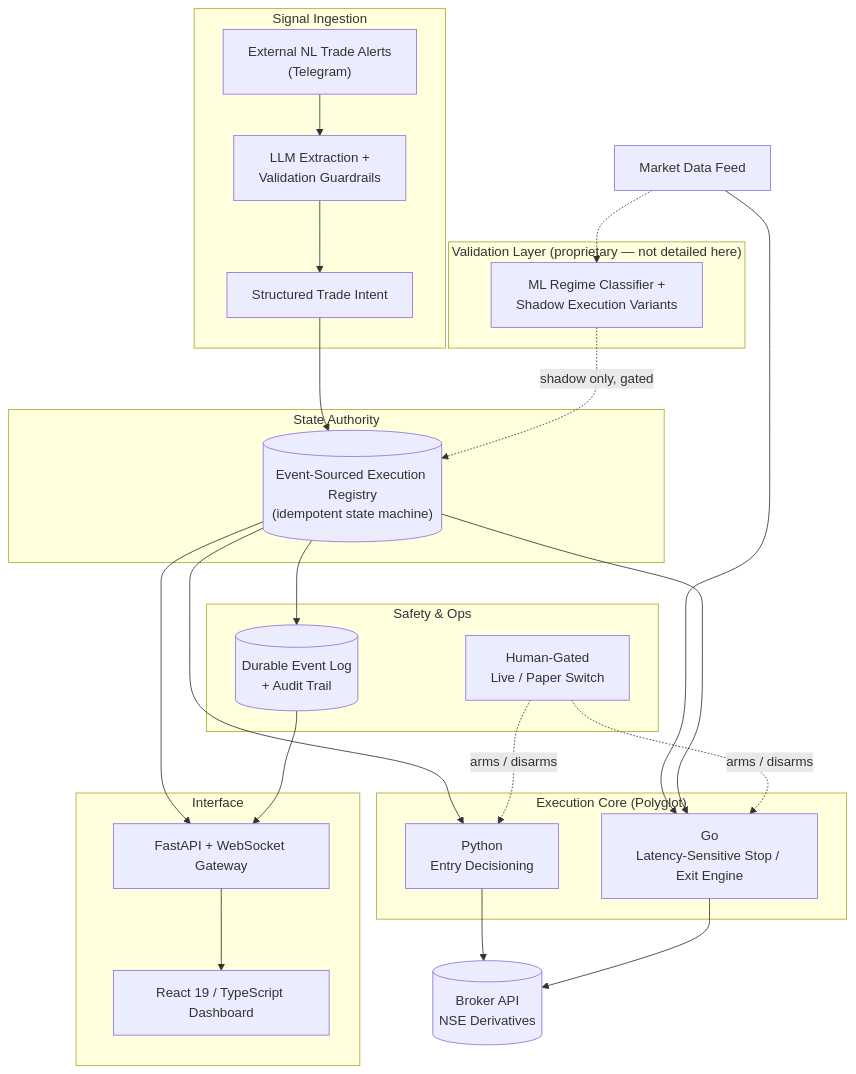
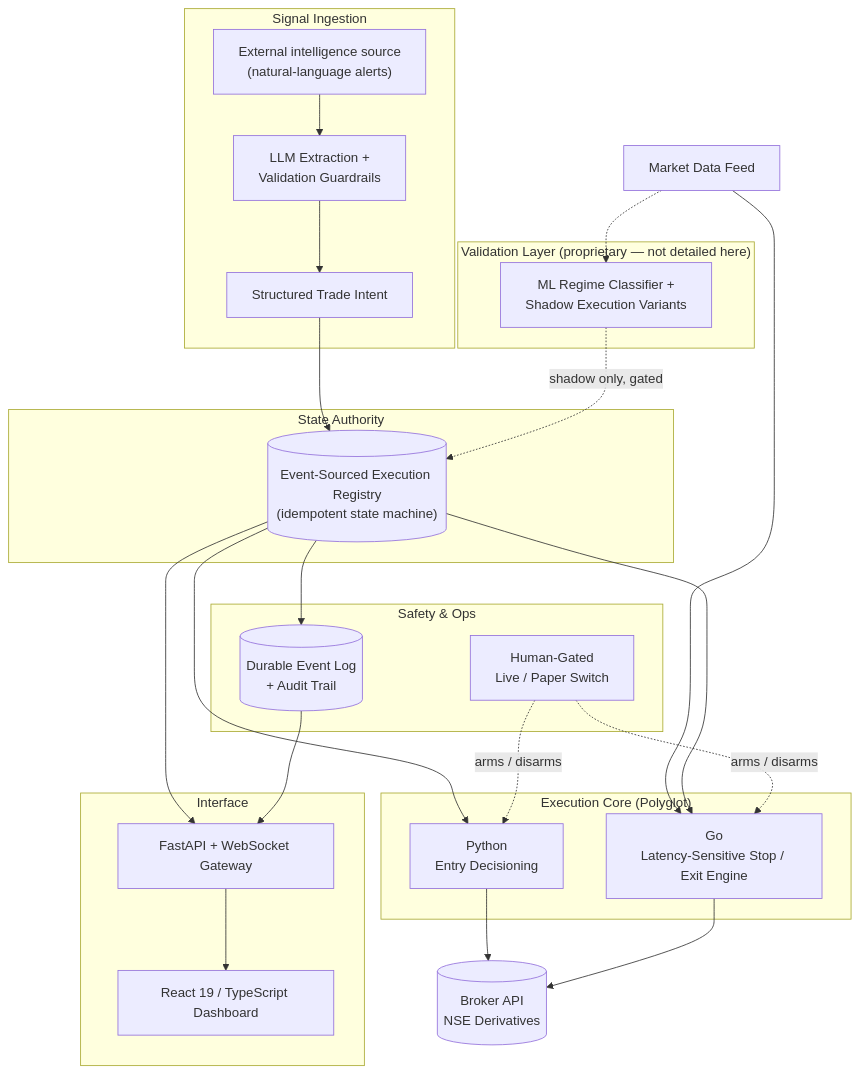
Before and after one commit to Aditya-7117/DeltaLock-Overview: the diagram in README.md, drawn with Mermaid. The commit also changed other lines of this file and 6 other files, not shown here.

````diff
--- a/README.md
+++ b/README.md
@@ -34,45 +34,45 @@
 ```mermaid
 flowchart TB
     subgraph INGEST["Signal Ingestion"]
-        EXT["External NL Trade Alerts\n(Telegram)"] --> LLM["LLM Extraction +\nValidation Guardrails"]
+        EXT["External intelligence source\n(natural-language alerts)"] --> LLM["LLM Extraction +\nValidation Guardrails"]
         LLM --> INTENT["Structured Trade Intent"]
     end
 
     subgraph STATE["State Authority"]
         REG[("Event-Sourced Execution Registry\n(idempotent state machine)")]
     end
 
     subgraph EXEC["Execution Core (Polyglot)"]
         PY["Python\nEntry Decisioning"]
         GO["Go\nLatency-Sensitive Stop / Exit Engine"]
     end
 
     subgraph VALIDATE["Validation Layer (proprietary — not detailed here)"]
         ML["ML Regime Classifier +\nShadow Execution Variants"]
     end
 
     subgraph SAFETY["Safety & Ops"]
         GATE["Human-Gated\nLive / Paper Switch"]
         AUDIT[("Durable Event Log\n+ Audit Trail")]
     end
 
     subgraph IFACE["Interface"]
         API["FastAPI + WebSocket Gateway"]
         UI["React 19 / TypeScript Dashboard"]
     end
 
     BROKER[("Broker API\nNSE Derivatives")]
     MD["Market Data Feed"]
 
     INTENT --> REG
     REG --> PY --> BROKER
     MD --> GO
     REG --> GO --> BROKER
     MD -.-> ML
     ML -.shadow only, gated.-> REG
     REG --> AUDIT
     GATE -.arms / disarms.-> PY
     GATE -.arms / disarms.-> GO
     REG --> API --> UI
     AUDIT --> API
 ```
````
